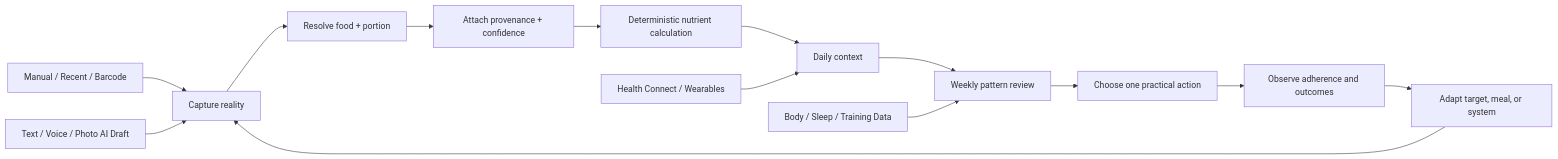
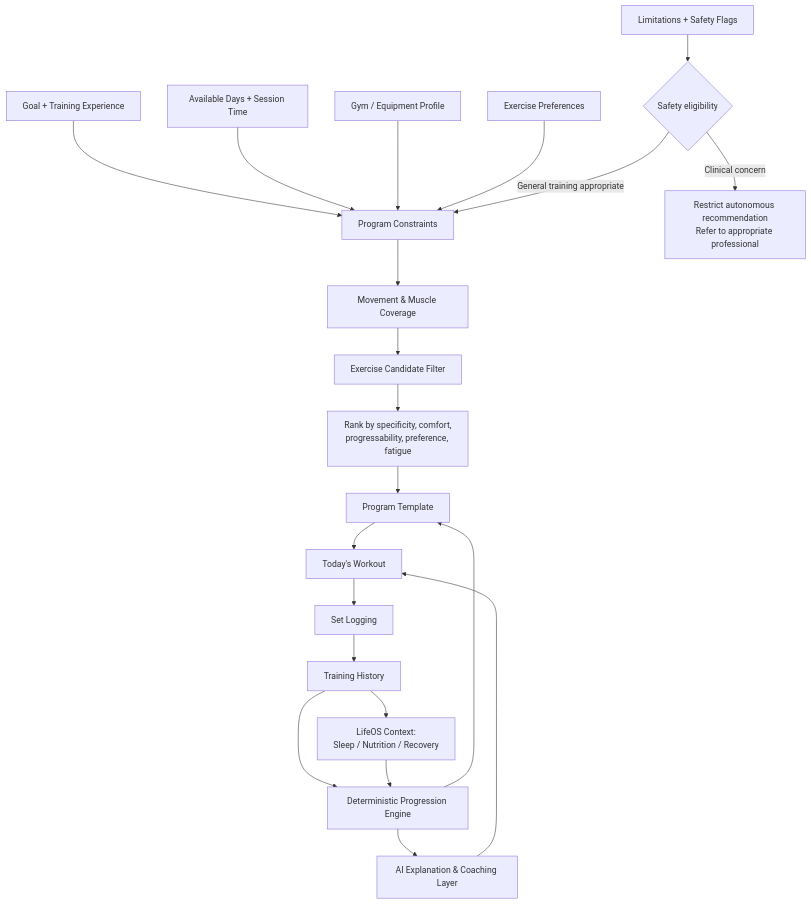
The first of 2 diagrams in deep-research-report.md (Awadesh365/LifeOS), drawn with Mermaid before and after one commit. The commit also changed other lines of this file and 17 other files, not shown here.

Commit message:
feat(training): add types for training program, workouts, exercises, and sessions

````diff
--- a/deep-research-report.md
+++ b/deep-research-report.md
@@ -44,17 +734,28 @@
 ```mermaid
-flowchart LR
-    A[Capture reality] --> B[Resolve food + portion]
-    B --> C[Attach provenance + confidence]
-    C --> D[Deterministic nutrient calculation]
-    D --> E[Daily context]
-    E --> F[Weekly pattern review]
-    F --> G[Choose one practical action]
-    G --> H[Observe adherence and outcomes]
-    H --> I[Adapt target, meal, or system]
-    I --> A
+flowchart TD
+    A[Goal + Training Experience] --> F
+    B[Available Days + Session Time] --> F
+    C[Gym / Equipment Profile] --> F
+    D[Exercise Preferences] --> F
+    E[Limitations + Safety Flags] --> S{Safety eligibility}
 
-    J[Manual / Recent / Barcode] --> A
-    K[Text / Voice / Photo AI Draft] --> A
-    L[Health Connect / Wearables] --> E
-    M[Body / Sleep / Training Data] --> F
+    S -->|Clinical concern| R[Restrict autonomous recommendation<br/>Refer to appropriate professional]
+    S -->|General training appropriate| F[Program Constraints]
+
+    F --> M[Movement & Muscle Coverage]
+    M --> X[Exercise Candidate Filter]
+    X --> Q[Rank by specificity, comfort,<br/>progressability, preference, fatigue]
+    Q --> P[Program Template]
+    P --> W[Today's Workout]
+
+    W --> L[Set Logging]
+    L --> H[Training History]
+    H --> G[Deterministic Progression Engine]
+    G --> P
+
+    H --> CXT[LifeOS Context:<br/>Sleep / Nutrition / Recovery]
+    CXT --> G
+
+    G --> AI[AI Explanation & Coaching Layer]
+    AI --> W
 ```
````
